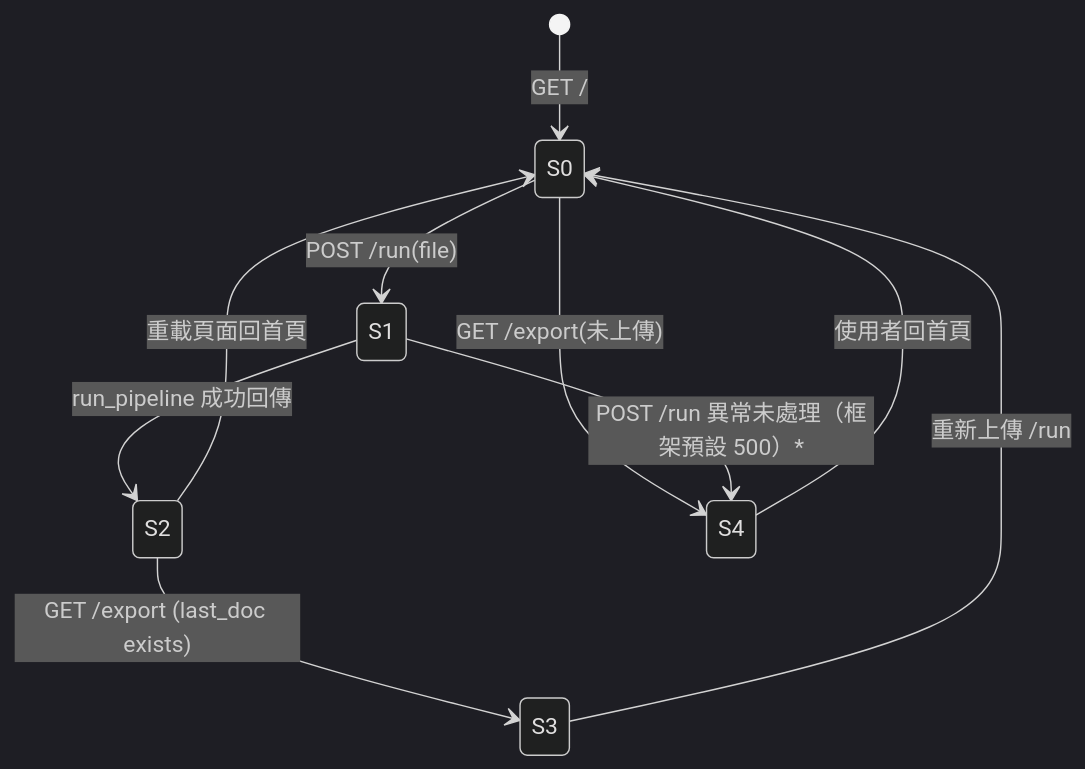
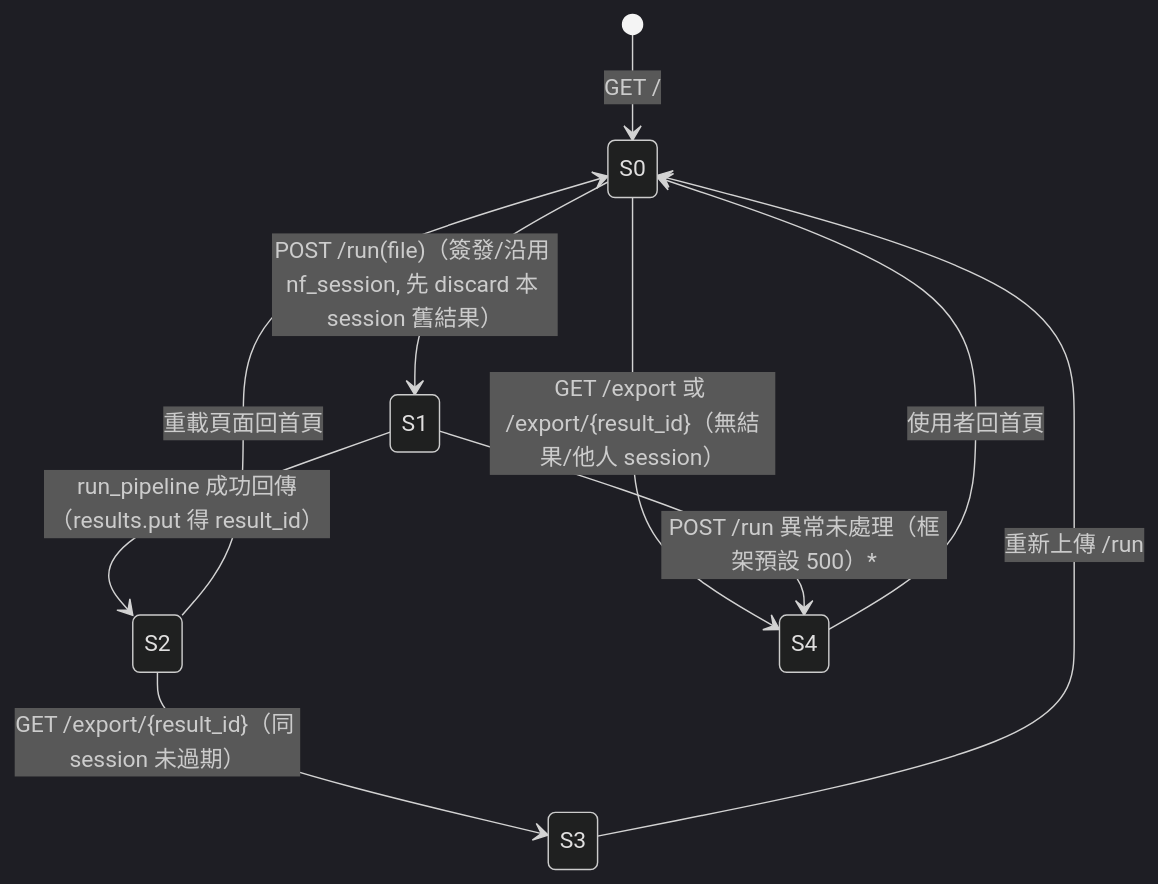
One commit to Reese-max/note-filler changed the first of 2 diagrams in docs/specs/note-filler-state-machine.md. Above: the diagram before and after it, drawn with Mermaid (dark theme). The commit also changed other lines of this file and 15 other files, not shown here.

First line of the commit message:
fix(server): bind web exports to per-session result capabilities (#4)

````diff
--- a/docs/specs/note-filler-state-machine.md
+++ b/docs/specs/note-filler-state-machine.md
@@ -30,12 +30,12 @@
 ```mermaid
 stateDiagram-v2
     [*] --> S0 : GET /
-    S0 --> S1 : POST /run(file)
-    S1 --> S2 : run_pipeline 成功回傳
-    S2 --> S3 : GET /export (last_doc exists)
+    S0 --> S1 : POST /run(file)（簽發/沿用 nf_session, 先 discard 本 session 舊結果）
+    S1 --> S2 : run_pipeline 成功回傳（results.put 得 result_id）
+    S2 --> S3 : GET /export/{result_id}（同 session 未過期）
     S2 --> S0 : 重載頁面回首頁
-    S0 --> S4 : GET /export(未上傳)
+    S0 --> S4 : GET /export 或 /export/{result_id}（無結果/他人 session）
     S1 --> S4 : POST /run 異常未處理（框架預設 500）*
     S4 --> S0 : 使用者回首頁
     S3 --> S0 : 重新上傳 /run
 ```
````
